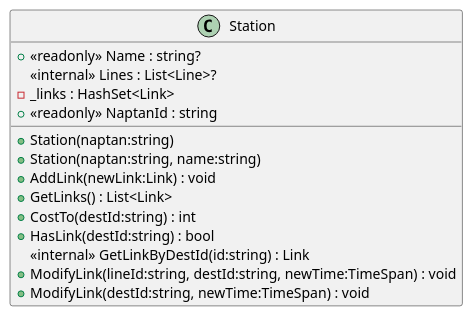
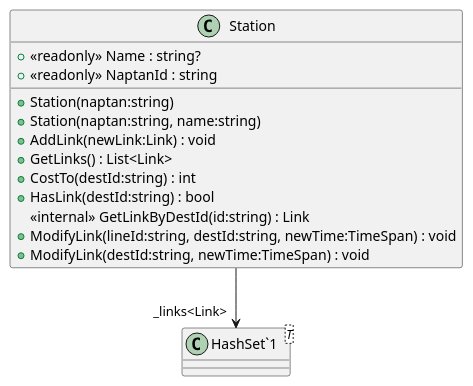
The diagram in TubeChallengeRouter/puml/TransportNetwork/Station.puml (Liftyee/london-tube-navigator), drawn with PlantUML before and after one commit. The commit also changed 23 other files, not shown here.

```diff
--- a/TubeChallengeRouter/puml/TransportNetwork/Station.puml
+++ b/TubeChallengeRouter/puml/TransportNetwork/Station.puml
@@ -1,17 +1,18 @@
 @startuml
 class Station {
     + <<readonly>> Name : string?
-    <<internal>> Lines : List<Line>?
-    - _links : HashSet<Link>
     + <<readonly>> NaptanId : string
     + Station(naptan:string)
     + Station(naptan:string, name:string)
     + AddLink(newLink:Link) : void
     + GetLinks() : List<Link>
     + CostTo(destId:string) : int
     + HasLink(destId:string) : bool
     <<internal>> GetLinkByDestId(id:string) : Link
     + ModifyLink(lineId:string, destId:string, newTime:TimeSpan) : void
     + ModifyLink(destId:string, newTime:TimeSpan) : void
 }
+class "HashSet`1"<T> {
+}
+Station --> "_links<Link>" "HashSet`1"
 @enduml
```
